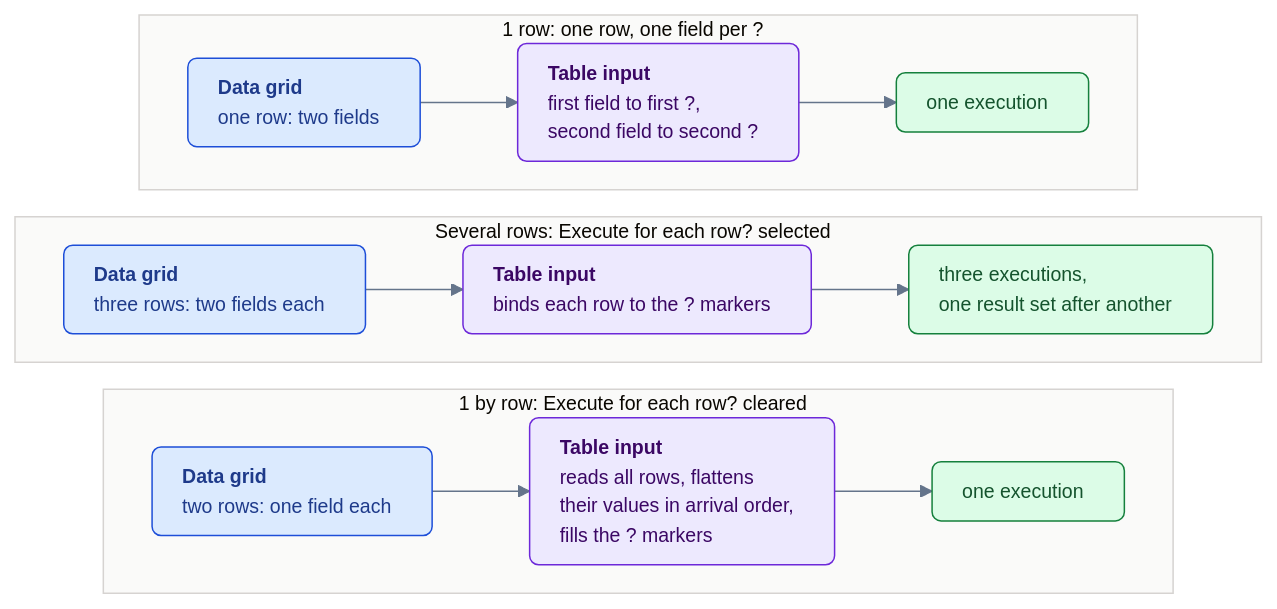
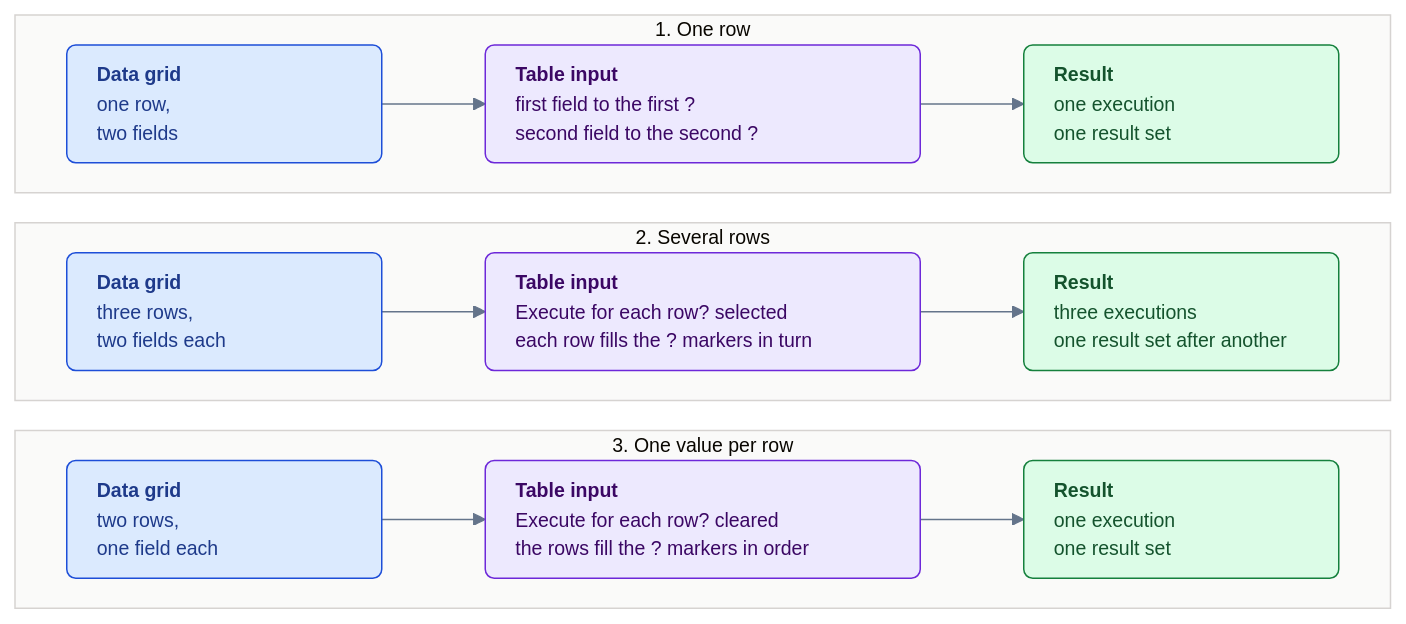
Before and after one commit to jporeilly/Pentaho-Courses: the diagram in developer-di-practitioner/_assets/diagrams/sql-bind-parameters.mmd, drawn with Mermaid. The commit also changed 4 other files, not shown here.

```diff
--- a/developer-di-practitioner/_assets/diagrams/sql-bind-parameters.mmd
+++ b/developer-di-practitioner/_assets/diagrams/sql-bind-parameters.mmd
@@ -1,26 +1,26 @@
-%%{init: {"theme":"base","themeVariables":{"fontFamily":"Segoe UI, Helvetica, Arial, sans-serif","fontSize":"13px","lineColor":"#64748b","clusterBkg":"#fafaf9","clusterBorder":"#d6d3d1","edgeLabelBackground":"#ffffff"},"flowchart":{"curve":"basis","nodeSpacing":18,"rankSpacing":40,"padding":10,"htmlLabels":true}}}%%
+%%{init: {"theme":"base","themeVariables":{"fontFamily":"Segoe UI, Helvetica, Arial, sans-serif","fontSize":"13px","lineColor":"#64748b","clusterBkg":"#fafaf9","clusterBorder":"#d6d3d1","edgeLabelBackground":"#ffffff"},"flowchart":{"curve":"linear","nodeSpacing":20,"rankSpacing":44,"padding":10,"htmlLabels":true}}}%%
 flowchart LR
   classDef input fill:#dbeafe,stroke:#1d4ed8,color:#1e3a8a,text-align:left,rx:6,ry:6
   classDef query fill:#ede9fe,stroke:#6d28d9,color:#3b0764,text-align:left,rx:6,ry:6
   classDef output fill:#dcfce7,stroke:#15803d,color:#14532d,text-align:left,rx:6,ry:6
-  subgraph BYROW["1 by row: Execute for each row? cleared&nbsp;&nbsp;"]
+  subgraph BYROW["3. One value per row"]
     direction LR
-    G3["<b>Data grid</b>&nbsp;&nbsp;<br/>two rows: one field each&nbsp;&nbsp;"]:::input
-    Q3["<b>Table input</b>&nbsp;&nbsp;<br/>reads all rows, flattens&nbsp;&nbsp;<br/>their values in arrival order,&nbsp;&nbsp;<br/>fills the ? markers&nbsp;&nbsp;"]:::query
-    O3["one execution&nbsp;&nbsp;"]:::output
+    G3["<div style='width:170px'><b>Data grid</b><br/>two rows,<br/>one field each</div>"]:::input
+    Q3["<div style='width:250px'><b>Table input</b><br/>Execute for each row? cleared<br/>the rows fill the ? markers in order</div>"]:::query
+    O3["<div style='width:170px'><b>Result</b><br/>one execution<br/>one result set</div>"]:::output
     G3 --> Q3 --> O3
   end
-  subgraph MANY["Several rows: Execute for each row? selected&nbsp;&nbsp;"]
+  subgraph MANY["2. Several rows"]
     direction LR
-    G2["<b>Data grid</b>&nbsp;&nbsp;<br/>three rows: two fields each&nbsp;&nbsp;"]:::input
-    Q2["<b>Table input</b>&nbsp;&nbsp;<br/>binds each row to the ? markers&nbsp;&nbsp;"]:::query
-    O2["three executions,&nbsp;&nbsp;<br/>one result set after another&nbsp;&nbsp;"]:::output
+    G2["<div style='width:170px'><b>Data grid</b><br/>three rows,<br/>two fields each</div>"]:::input
+    Q2["<div style='width:250px'><b>Table input</b><br/>Execute for each row? selected<br/>each row fills the ? markers in turn</div>"]:::query
+    O2["<div style='width:170px'><b>Result</b><br/>three executions<br/>one result set after another</div>"]:::output
     G2 --> Q2 --> O2
   end
-  subgraph ONE["1 row: one row, one field per ?&nbsp;&nbsp;"]
+  subgraph ONE["1. One row"]
     direction LR
-    G1["<b>Data grid</b>&nbsp;&nbsp;<br/>one row: two fields&nbsp;&nbsp;"]:::input
-    Q1["<b>Table input</b>&nbsp;&nbsp;<br/>first field to first ?,&nbsp;&nbsp;<br/>second field to second ?&nbsp;&nbsp;"]:::query
-    O1["one execution&nbsp;&nbsp;"]:::output
+    G1["<div style='width:170px'><b>Data grid</b><br/>one row,<br/>two fields</div>"]:::input
+    Q1["<div style='width:250px'><b>Table input</b><br/>first field to the first ?<br/>second field to the second ?</div>"]:::query
+    O1["<div style='width:170px'><b>Result</b><br/>one execution<br/>one result set</div>"]:::output
     G1 --> Q1 --> O1
   end
```
